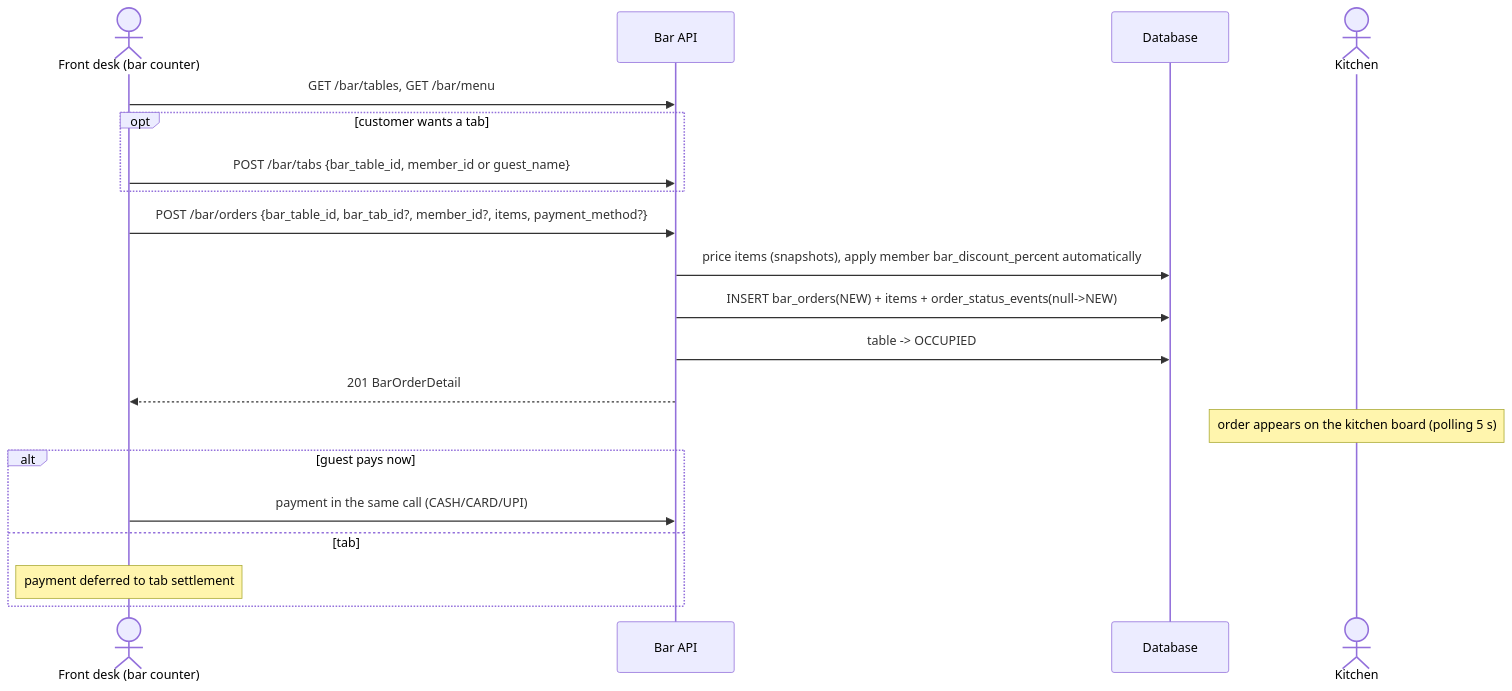
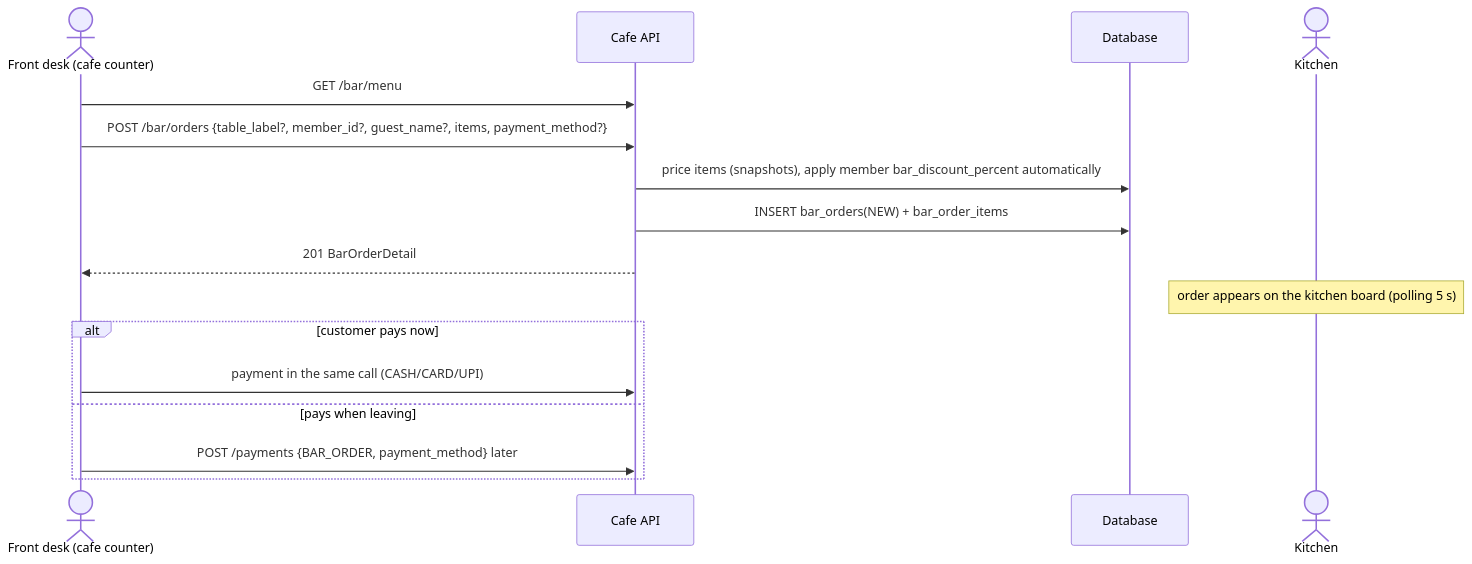
One commit to OjasPurohit/Meridian-Bay changed diagram 12 of 18 in docs/workflows/USER_FLOWS.md. Above: the diagram before and after it, drawn with Mermaid. The commit also changed other lines of this file and 276 other files, not shown here.

````diff
--- a/docs/workflows/USER_FLOWS.md
+++ b/docs/workflows/USER_FLOWS.md
@@ -271,22 +235,18 @@
 ```mermaid
 sequenceDiagram
-  actor FD as Front desk (bar counter)
-  participant API as Bar API
+  actor FD as Front desk (cafe counter)
+  participant API as Cafe API
   participant DB as Database
   actor K as Kitchen
-  FD->>API: GET /bar/tables, GET /bar/menu
-  opt customer wants a tab
-    FD->>API: POST /bar/tabs {bar_table_id, member_id or guest_name}
-  end
-  FD->>API: POST /bar/orders {bar_table_id, bar_tab_id?, member_id?, items, payment_method?}
+  FD->>API: GET /bar/menu
+  FD->>API: POST /bar/orders {table_label?, member_id?, guest_name?, items, payment_method?}
   API->>DB: price items (snapshots), apply member bar_discount_percent automatically
-  API->>DB: INSERT bar_orders(NEW) + items + order_status_events(null->NEW)
-  API->>DB: table -> OCCUPIED
+  API->>DB: INSERT bar_orders(NEW) + bar_order_items
   API-->>FD: 201 BarOrderDetail
   Note over K: order appears on the kitchen board (polling 5 s)
-  alt guest pays now
+  alt customer pays now
     FD->>API: payment in the same call (CASH/CARD/UPI)
-  else tab
-    Note over FD: payment deferred to tab settlement
+  else pays when leaving
+    FD->>API: POST /payments {BAR_ORDER, payment_method} later
   end
 ```
````
